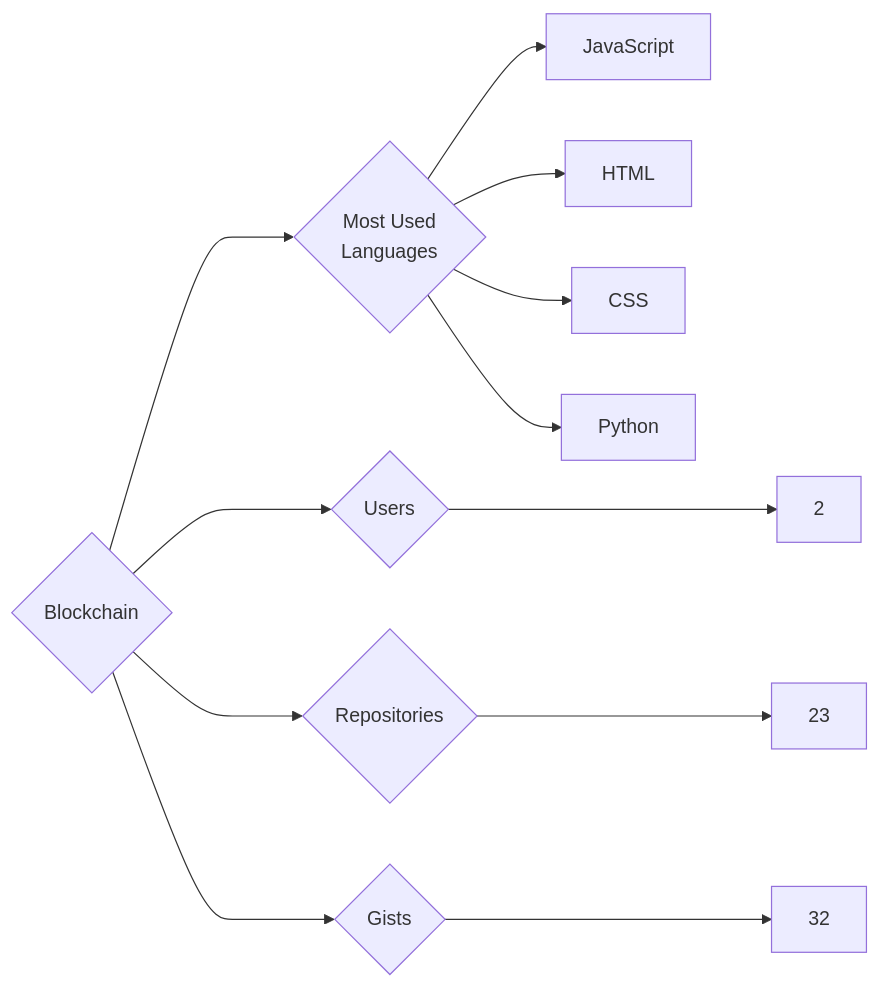
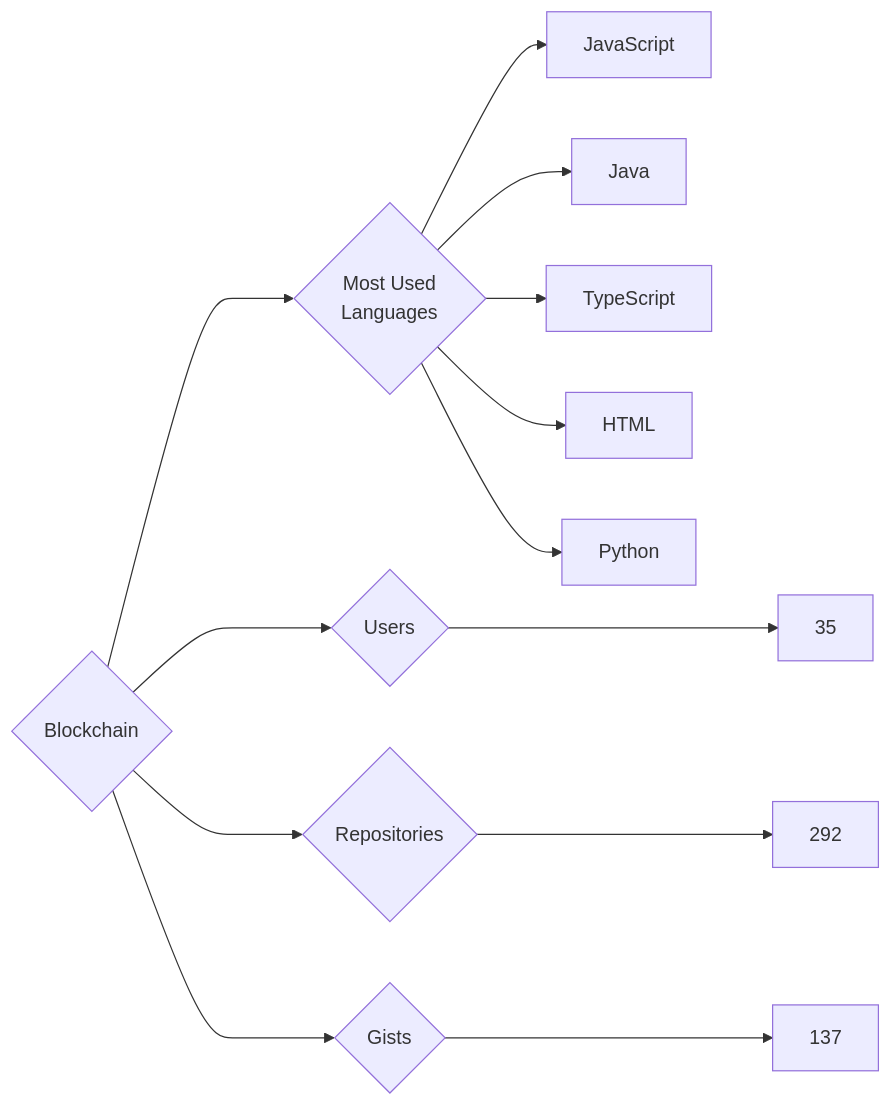
One commit to trickest/insiders changed the diagram in targets/Blockchain/README.md. Above: the diagram before and after it, drawn with Mermaid. The commit also changed 934 other files, not shown here.

````diff
--- a/targets/Blockchain/README.md
+++ b/targets/Blockchain/README.md
@@ -3,12 +3,13 @@
 ```mermaid
 graph LR
 COMPANY_NAME{Blockchain}
-COMPANY_NAME ---> U{Users} ---> UN[2]
-COMPANY_NAME ---> R{Repositories} ---> RN[23]
-COMPANY_NAME ---> G{Gists} ---> GN[32]
+COMPANY_NAME ---> U{Users} ---> UN[35]
+COMPANY_NAME ---> R{Repositories} ---> RN[292]
+COMPANY_NAME ---> G{Gists} ---> GN[137]
 COMPANY_NAME ---> ML{Most Used<br>Languages}
 ML --> JavaScript[JavaScript]
+ML --> Java[Java]
+ML --> TypeScript[TypeScript]
 ML --> HTML[HTML]
-ML --> CSS[CSS]
 ML --> Python[Python]
 ```
````
